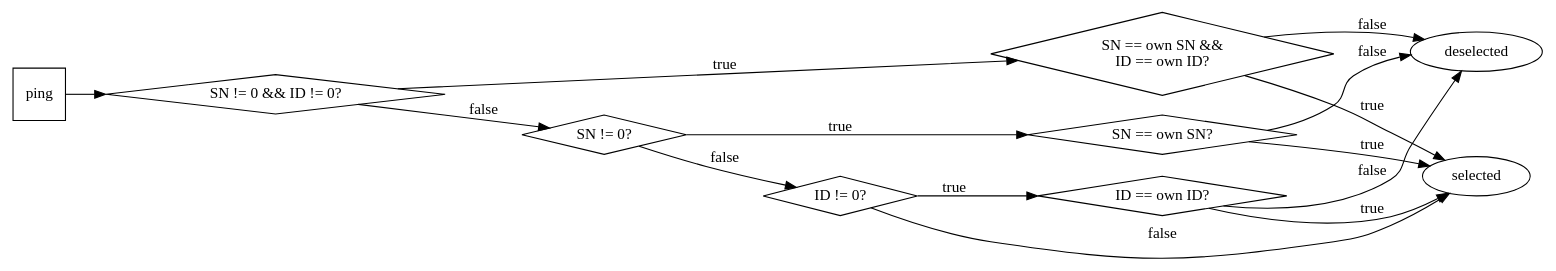
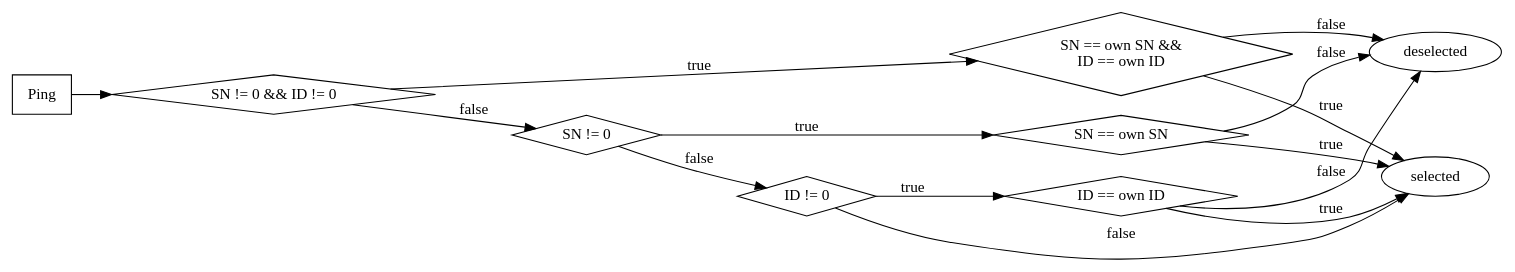
One commit to ZIMO-Elektronik/MDU changed the diagram in data/ping.dot. Above: the diagram before and after it, drawn with Graphviz. The commit also changed 6 other files, not shown here.

```diff
--- a/data/ping.dot
+++ b/data/ping.dot
@@ -1,34 +1,34 @@
 digraph {
   rankdir=LR;
 
-  start[shape=square, label="ping"];
+  start[shape=rect, label="Ping"];
 
-  serial_decoder_id[shape=diamond, label="SN != 0 && ID != 0?"];
+  serial_decoder_id[shape=diamond, label="SN != 0 && ID != 0"];
   start->serial_decoder_id;
 
-  serial_decoder_id_equal[shape=diamond, label="SN == own SN &&\nID == own ID?"];
+  serial_decoder_id_equal[shape=diamond, label="SN == own SN &&\nID == own ID"];
   serial_decoder_id->serial_decoder_id_equal[label="true"];
 
-  serial[shape=diamond, label="SN != 0?"];
+  serial[shape=diamond, label="SN != 0"];
   serial_decoder_id->serial[label="false"];
 
-  serial_equal[shape=diamond, label="SN == own SN?"];
+  serial_equal[shape=diamond, label="SN == own SN"];
   serial->serial_equal[label="true"];
 
-  decoder_id[shape=diamond, label="ID != 0?"];
+  decoder_id[shape=diamond, label="ID != 0"];
   serial->decoder_id[label="false"];
 
-  decoder_id_equal[shape=diamond, label="ID == own ID?"];
+  decoder_id_equal[shape=diamond, label="ID == own ID"];
   decoder_id->decoder_id_equal[label="true"];
 
   select[label="selected"];
   serial_decoder_id_equal->select[label="true"];
   serial_equal->select[label="true"];
   decoder_id_equal->select[label="true"];
   decoder_id->select[label="false"];
 
   deselect[label="deselected"];
   serial_decoder_id_equal->deselect[label="false"];
   serial_equal->deselect[label="false"];
   decoder_id_equal->deselect[label="false"];
 }
```
